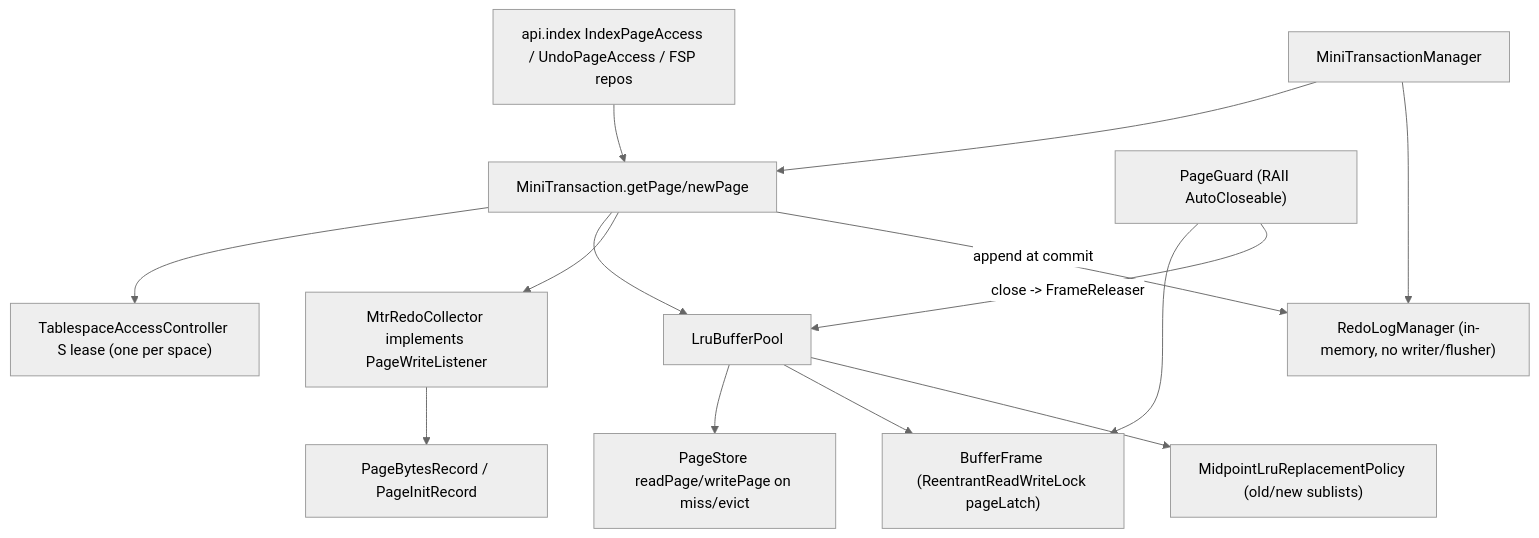
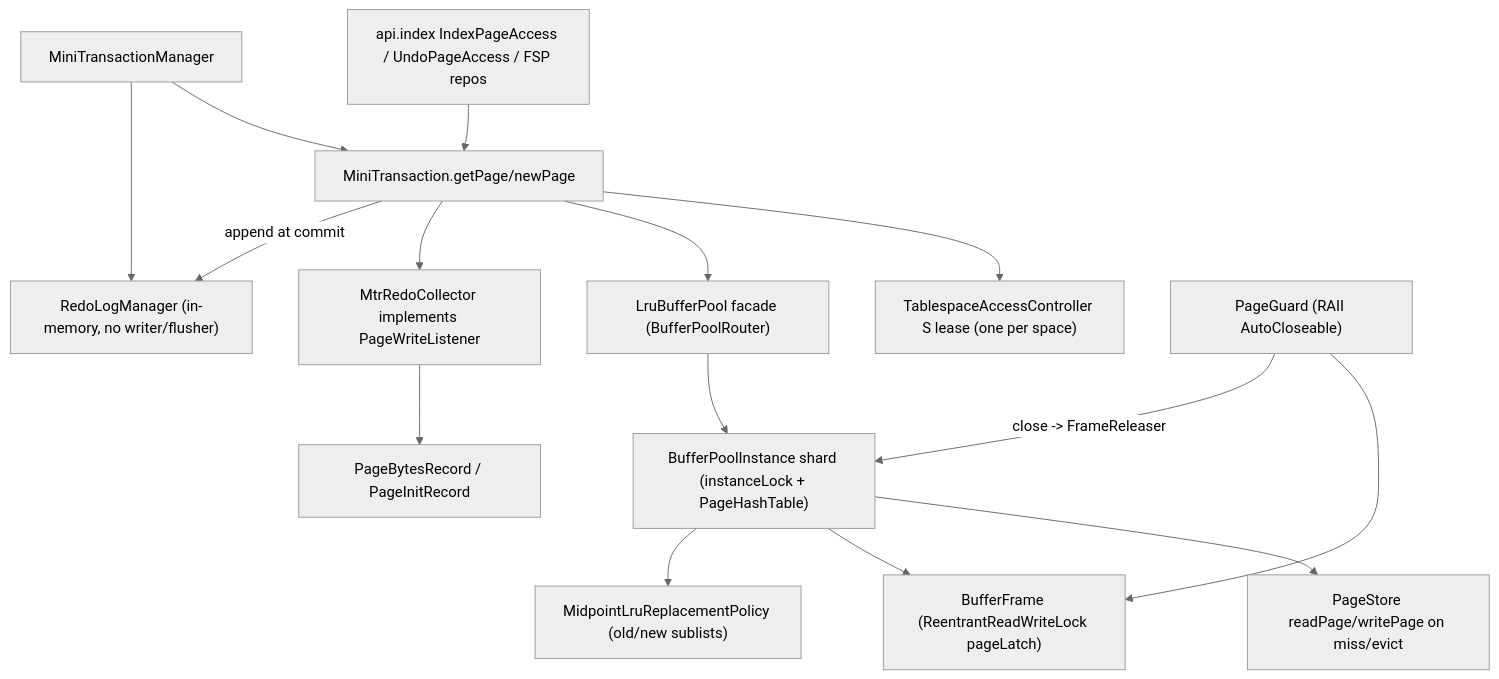
One commit to mywnlb/dbtest changed the second of 9 diagrams in docs/design/current-implementation-map.md. Above: the diagram before and after it, drawn with Mermaid (neutral theme). The commit also changed other lines of this file and 23 other files, not shown here.

First line of the commit message:
feat(buf): random read-ahead (0.10c) + 多 instance buffer pool 分片 (0.10d)

````diff
--- a/docs/design/current-implementation-map.md
+++ b/docs/design/current-implementation-map.md
@@ -86,16 +86,17 @@
 ```mermaid
 flowchart TD
   Caller["api.index IndexPageAccess / UndoPageAccess / FSP repos"] --> Mtr["MiniTransaction.getPage/newPage"]
   Mtr --> Access["TablespaceAccessController S lease (one per space)"]
-  Mtr --> Pool["LruBufferPool"]
-  Pool --> Store["PageStore readPage/writePage on miss/evict"]
-  Pool --> Frame["BufferFrame (ReentrantReadWriteLock pageLatch)"]
-  Pool --> Policy["MidpointLruReplacementPolicy (old/new sublists)"]
+  Mtr --> Pool["LruBufferPool facade (BufferPoolRouter)"]
+  Pool --> Inst["BufferPoolInstance shard (instanceLock + PageHashTable)"]
+  Inst --> Store["PageStore readPage/writePage on miss/evict"]
+  Inst --> Frame["BufferFrame (ReentrantReadWriteLock pageLatch)"]
+  Inst --> Policy["MidpointLruReplacementPolicy (old/new sublists)"]
   Mtr --> Collector["MtrRedoCollector implements PageWriteListener"]
   Collector --> RedoRecords["PageBytesRecord / PageInitRecord"]
   Mgr["MiniTransactionManager"] --> Mtr
   Mgr --> RedoMgr["RedoLogManager (in-memory, no writer/flusher)"]
   Mtr -->|append at commit| RedoMgr
   Guard["PageGuard (RAII AutoCloseable)"] --> Frame
-  Guard -->|close -> FrameReleaser| Pool
+  Guard -->|close -> FrameReleaser| Inst
 ```
````
